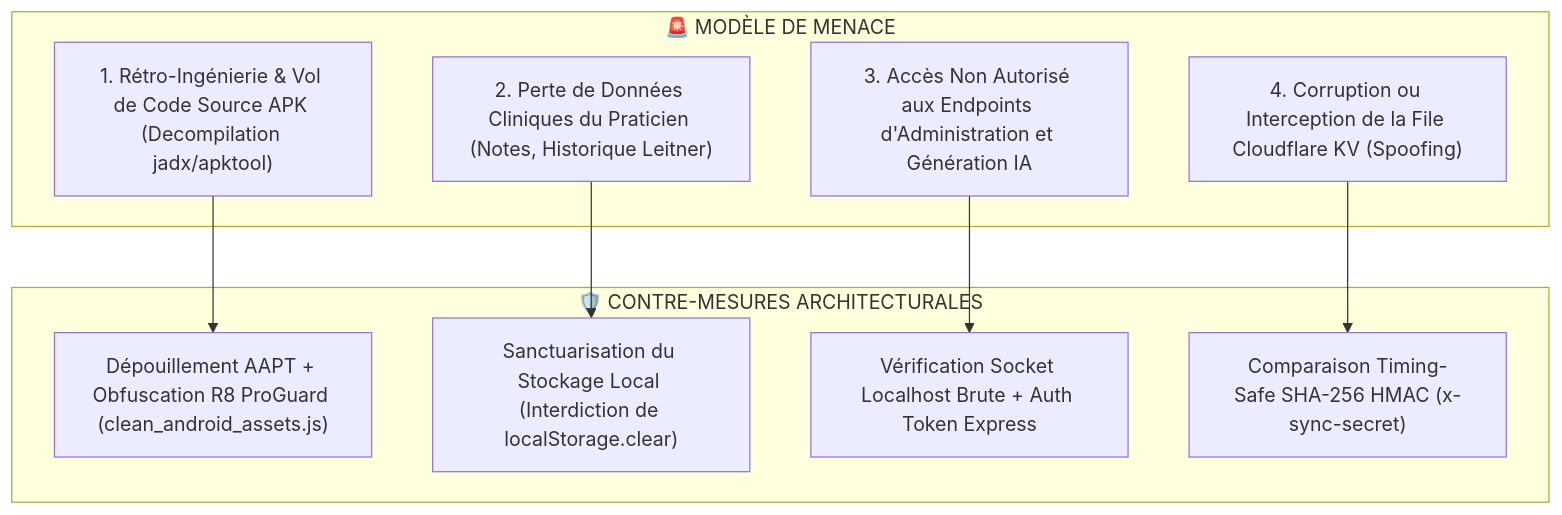
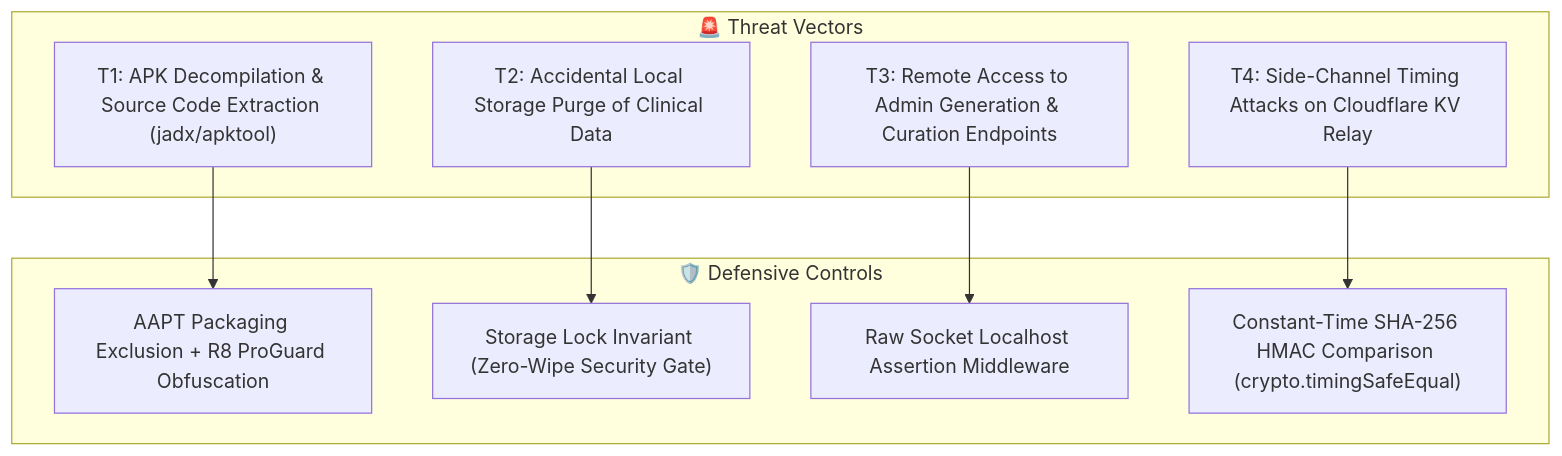
Before and after one commit to iillaa/med: the diagram in docs/01-architecture/security-isolation.md, drawn with Mermaid. The commit also changed other lines of this file and 6 other files, not shown here.

````diff
--- a/docs/01-architecture/security-isolation.md
+++ b/docs/01-architecture/security-isolation.md
@@ -13,21 +13,21 @@
 ```mermaid
 flowchart TD
-    subgraph Menaces["🚨 MODÈLE DE MENACE"]
-        M1["1. Rétro-Ingénierie & Vol de Code Source APK (Decompilation jadx/apktool)"]
-        M2["2. Perte de Données Cliniques du Praticien (Notes, Historique Leitner)"]
-        M3["3. Accès Non Autorisé aux Endpoints d'Administration et Génération IA"]
-        M4["4. Corruption ou Interception de la File Cloudflare KV (Spoofing)"]
+    subgraph ThreatVectors["🚨 Threat Vectors"]
+        T1["T1: APK Decompilation & Source Code Extraction (jadx/apktool)"]
+        T2["T2: Accidental Local Storage Purge of Clinical Data"]
+        T3["T3: Remote Access to Admin Generation & Curation Endpoints"]
+        T4["T4: Side-Channel Timing Attacks on Cloudflare KV Relay"]
     end
 
-    subgraph Defenses["🛡️ CONTRE-MESURES ARCHITECTURALES"]
-        D1["Dépouillement AAPT + Obfuscation R8 ProGuard (clean_android_assets.js)"]
-        D2["Sanctuarisation du Stockage Local (Interdiction de localStorage.clear)"]
-        D3["Vérification Socket Localhost Brute + Auth Token Express"]
-        D4["Comparaison Timing-Safe SHA-256 HMAC (x-sync-secret)"]
+    subgraph SecurityControls["🛡️ Defensive Controls"]
+        C1["AAPT Packaging Exclusion + R8 ProGuard Obfuscation"]
+        C2["Storage Lock Invariant (Zero-Wipe Security Gate)"]
+        C3["Raw Socket Localhost Assertion Middleware"]
+        C4["Constant-Time SHA-256 HMAC Comparison (crypto.timingSafeEqual)"]
     end
 
-    M1 --> D1
-    M2 --> D2
-    M3 --> D3
-    M4 --> D4
+    T1 --> C1
+    T2 --> C2
+    T3 --> C3
+    T4 --> C4
 ```
````
